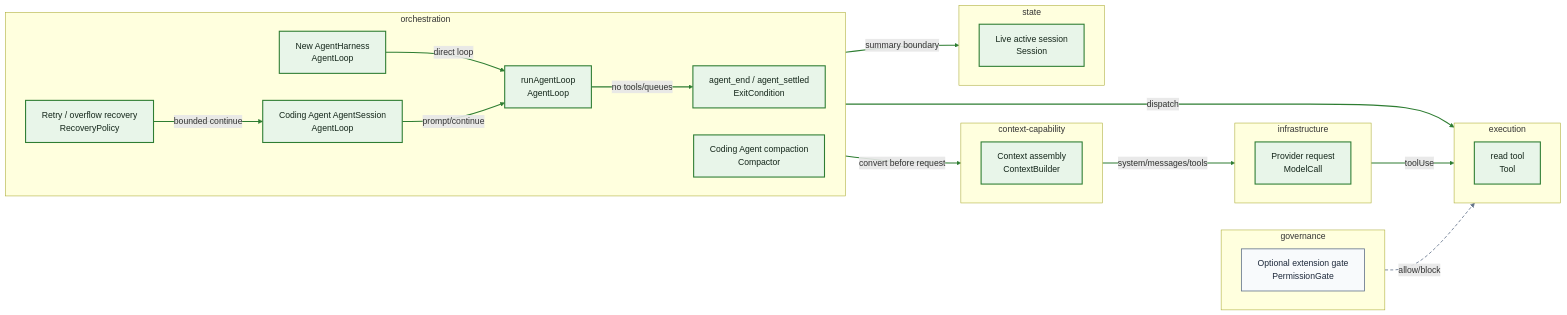
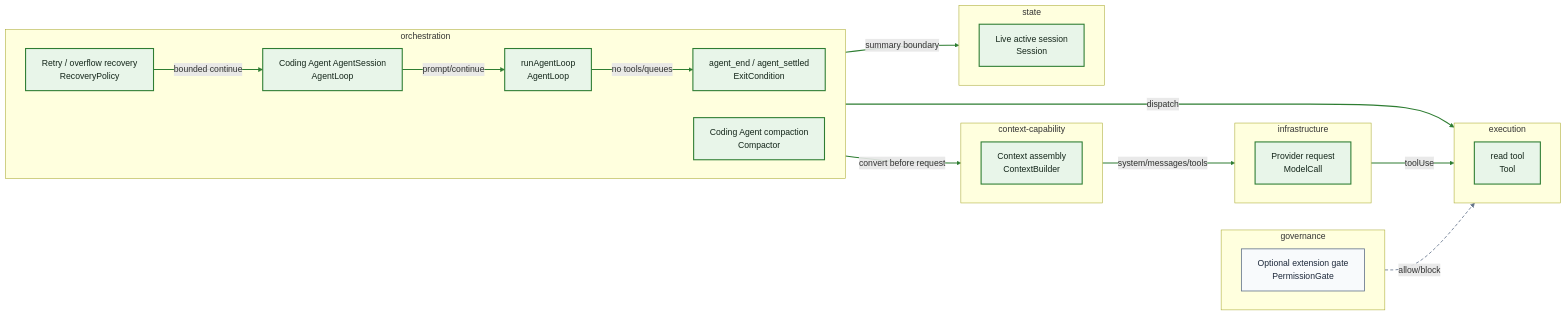
One commit to IcyFeather233/awesome-harness-analysis changed the diagram in pi-harness-analysis/diagrams/turn-flow.mmd. Above: the diagram before and after it, drawn with Mermaid. The commit also changed 107 other files, not shown here.

```diff
--- a/pi-harness-analysis/diagrams/turn-flow.mmd
+++ b/pi-harness-analysis/diagrams/turn-flow.mmd
@@ -1,58 +1,55 @@
 flowchart LR
   %% Runtime Turn Flow
   classDef observed fill:#E8F5E9,stroke:#2E7D32,color:#14261A,stroke-width:2px;
   classDef staticOnly fill:#F8FAFC,stroke:#64748B,color:#1E293B,stroke-width:1.5px;
   classDef inferred fill:#FFF7ED,stroke:#B45309,color:#431407,stroke-width:1.5px;
   classDef conflicted fill:#FEF2F2,stroke:#B91C1C,color:#450A0A,stroke-width:2.5px;
   classDef unknown fill:#F8FAFC,stroke:#94A3B8,color:#475569,stroke-width:1.5px;
   subgraph g_98fcbc09e8ac["context-capability"]
     direction LR
     n_3af45ee25e84["Context assembly<br/>ContextBuilder"]
   end
   subgraph g_186f7e4baa12["execution"]
     direction LR
     n_c223520f774e["read tool<br/>Tool"]
   end
   subgraph g_890cb18f192d["governance"]
     direction LR
     n_1606289c70f4["Optional extension gate<br/>PermissionGate"]
   end
   subgraph g_9a8a594fcb80["infrastructure"]
     direction LR
     n_6327a3e9cdd9["Provider request<br/>ModelCall"]
   end
   subgraph g_92e93e576aba["orchestration"]
     direction LR
     n_825e7b7c4e51["Coding Agent AgentSession<br/>AgentLoop"]
-    n_546fb0dae98a["New AgentHarness<br/>AgentLoop"]
     n_1f48ee0d4fd8["runAgentLoop<br/>AgentLoop"]
     n_2fb97928aabe["Coding Agent compaction<br/>Compactor"]
     n_9021d26f0f99["agent_end / agent_settled<br/>ExitCondition"]
     n_c1d0b90b4198["Retry / overflow recovery<br/>RecoveryPolicy"]
   end
   subgraph g_a4810eea71b9["state"]
     direction LR
     n_6fad310cfe27["Live active session<br/>Session"]
   end
-  class n_825e7b7c4e51,n_546fb0dae98a,n_1f48ee0d4fd8,n_2fb97928aabe,n_3af45ee25e84,n_9021d26f0f99,n_6327a3e9cdd9,n_c1d0b90b4198,n_6fad310cfe27,n_c223520f774e observed;
+  class n_825e7b7c4e51,n_1f48ee0d4fd8,n_2fb97928aabe,n_3af45ee25e84,n_9021d26f0f99,n_6327a3e9cdd9,n_c1d0b90b4198,n_6fad310cfe27,n_c223520f774e observed;
   class n_1606289c70f4 staticOnly;
-  n_546fb0dae98a -->|"direct loop"| n_1f48ee0d4fd8
   n_825e7b7c4e51 -->|"prompt/continue"| n_1f48ee0d4fd8
   n_2fb97928aabe -->|"summary boundary"| n_6fad310cfe27
   n_3af45ee25e84 -->|"system/messages/tools"| n_6327a3e9cdd9
   n_1f48ee0d4fd8 -->|"convert before request"| n_3af45ee25e84
   n_1f48ee0d4fd8 -->|"no tools/queues"| n_9021d26f0f99
   n_1f48ee0d4fd8 -->|"dispatch"| n_c223520f774e
   n_6327a3e9cdd9 -->|"toolUse"| n_c223520f774e
   n_1606289c70f4 -.->|"allow/block"| n_c223520f774e
   n_c1d0b90b4198 -->|"bounded continue"| n_825e7b7c4e51
   linkStyle 0 stroke:#2E7D32,stroke-width:2px;
   linkStyle 1 stroke:#2E7D32,stroke-width:2px;
   linkStyle 2 stroke:#2E7D32,stroke-width:2px;
   linkStyle 3 stroke:#2E7D32,stroke-width:2px;
   linkStyle 4 stroke:#2E7D32,stroke-width:2px;
   linkStyle 5 stroke:#2E7D32,stroke-width:2px;
   linkStyle 6 stroke:#2E7D32,stroke-width:2px;
-  linkStyle 7 stroke:#2E7D32,stroke-width:2px;
-  linkStyle 8 stroke:#64748B,stroke-width:1.5px,stroke-dasharray:6 4;
-  linkStyle 9 stroke:#2E7D32,stroke-width:2px;
+  linkStyle 7 stroke:#64748B,stroke-width:1.5px,stroke-dasharray:6 4;
+  linkStyle 8 stroke:#2E7D32,stroke-width:2px;
```
